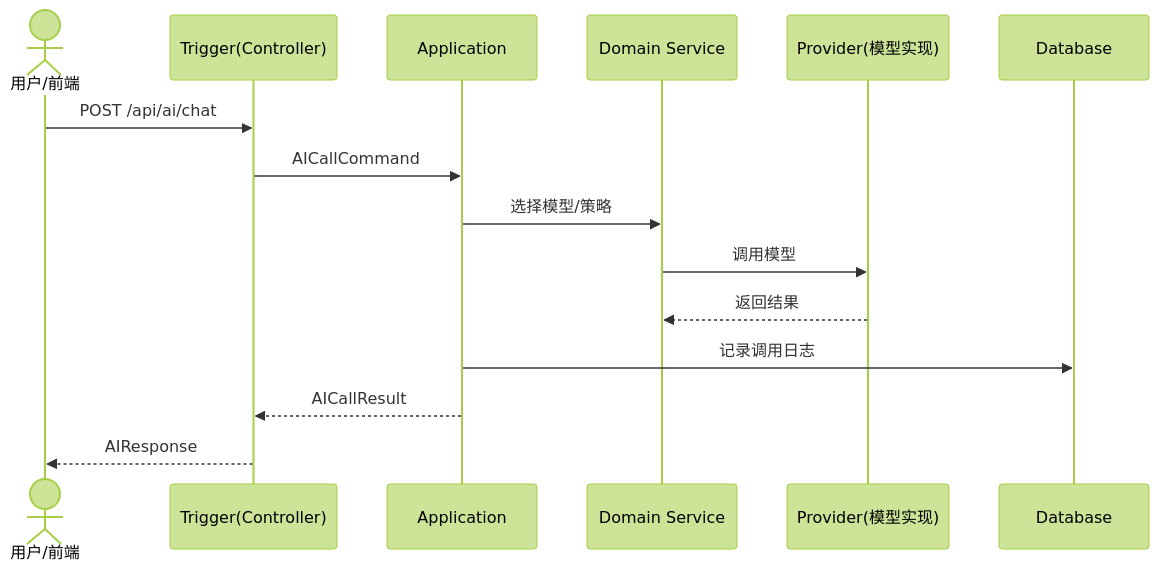
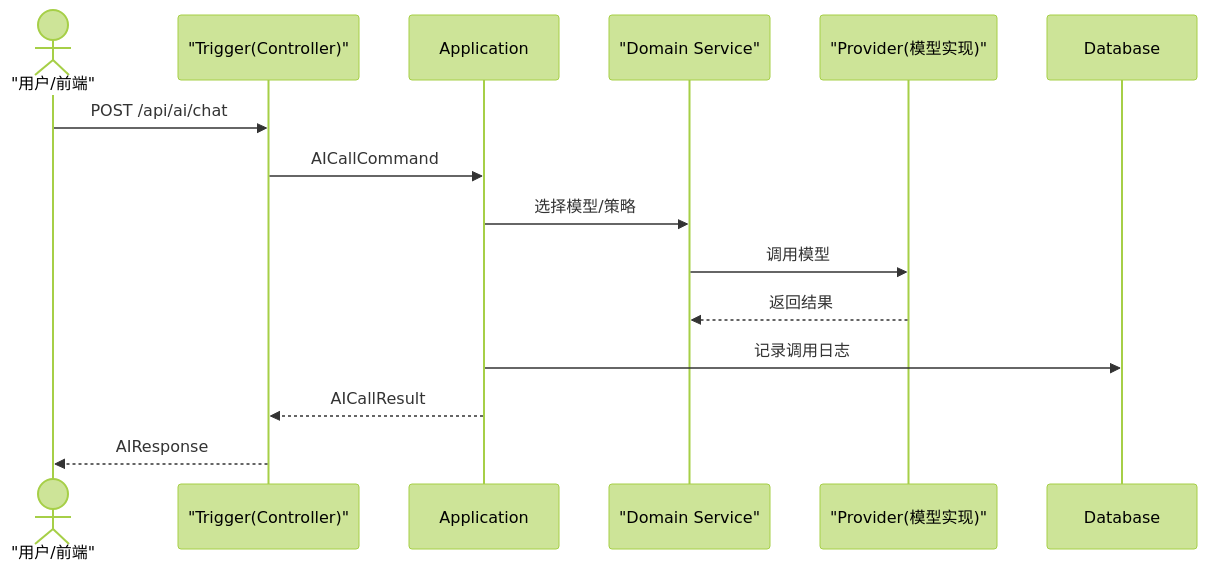
One commit to small-xiexu/ai-mcp-knowledge-study changed the first of 6 diagrams in .codex/入门文档.md. Above: the diagram before and after it, drawn with Mermaid (forest theme). The commit also changed other lines of this file and 133 other files, not shown here.

````diff
--- a/.codex/入门文档.md
+++ b/.codex/入门文档.md
@@ -60,18 +60,18 @@
 ```mermaid
 sequenceDiagram
-  actor User as 用户/前端
-  participant Trigger as Trigger(Controller)
+  actor User as "用户/前端"
+  participant Trigger as "Trigger(Controller)"
   participant App as Application
-  participant Domain as Domain Service
-  participant Infra as Provider(模型实现)
+  participant Domain as "Domain Service"
+  participant Infra as "Provider(模型实现)"
   participant DB as Database
 
   User->>Trigger: POST /api/ai/chat
   Trigger->>App: AICallCommand
   App->>Domain: 选择模型/策略
   Domain->>Infra: 调用模型
   Infra-->>Domain: 返回结果
   App->>DB: 记录调用日志
   App-->>Trigger: AICallResult
   Trigger-->>User: AIResponse
 ```
````
